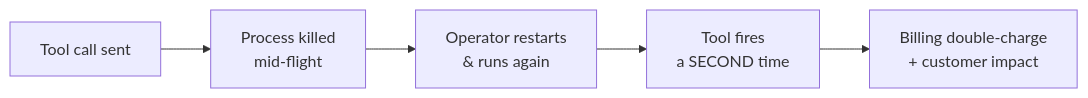
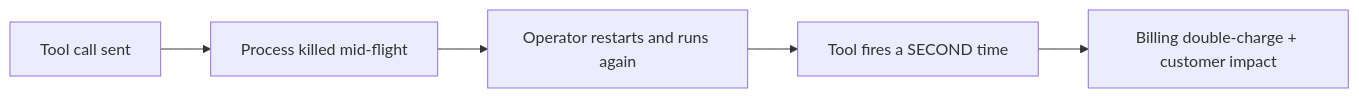
The first of 3 diagrams in README.md (Fqih/Soteria), drawn with Mermaid before and after one commit. The commit also changed other lines of this file and 1 other file, not shown here.

````diff
--- a/README.md
+++ b/README.md
@@ -67,7 +77,7 @@
 ```mermaid
 flowchart LR
-    A[Tool call sent] --> B[Process killed<br/>mid-flight]
-    B --> C[Operator restarts<br/>& runs again]
-    C --> D[Tool fires<br/>a SECOND time]
-    D --> E[Billing double-charge<br/>+ customer impact]
+    A[Tool call sent] --> B[Process killed mid-flight]
+    B --> C[Operator restarts and runs again]
+    C --> D[Tool fires a SECOND time]
+    D --> E[Billing double-charge + customer impact]
 ```
````
